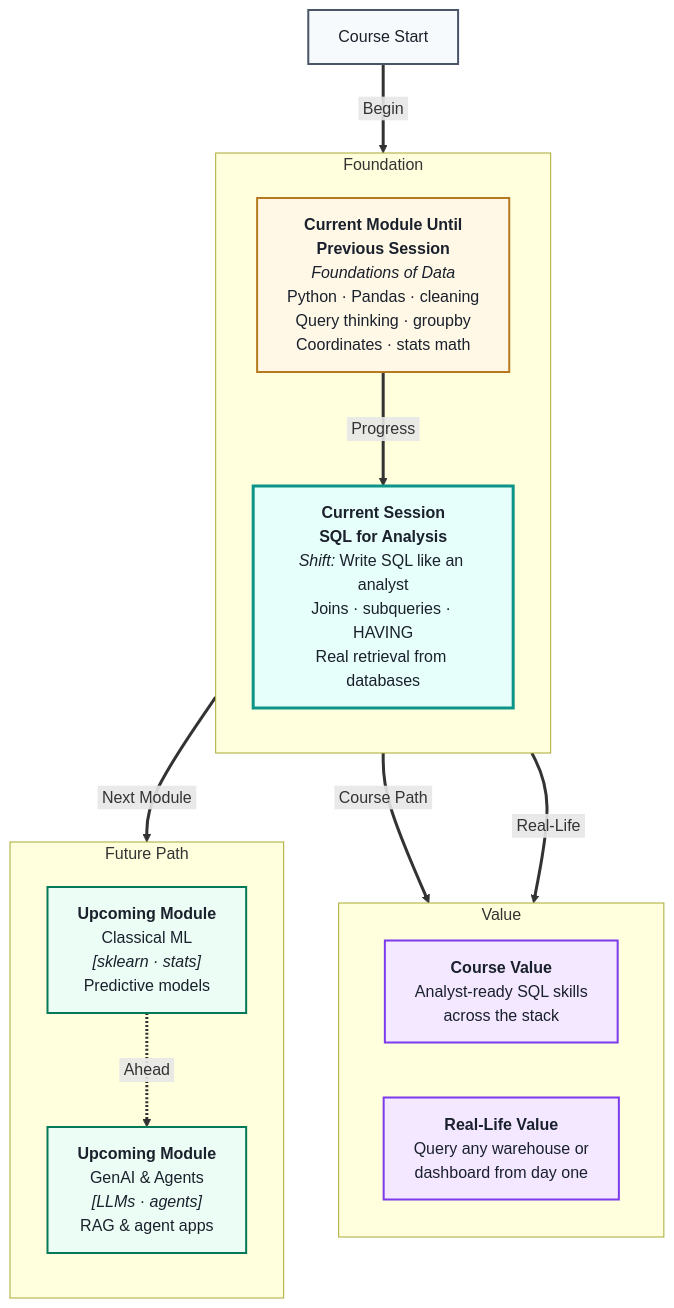
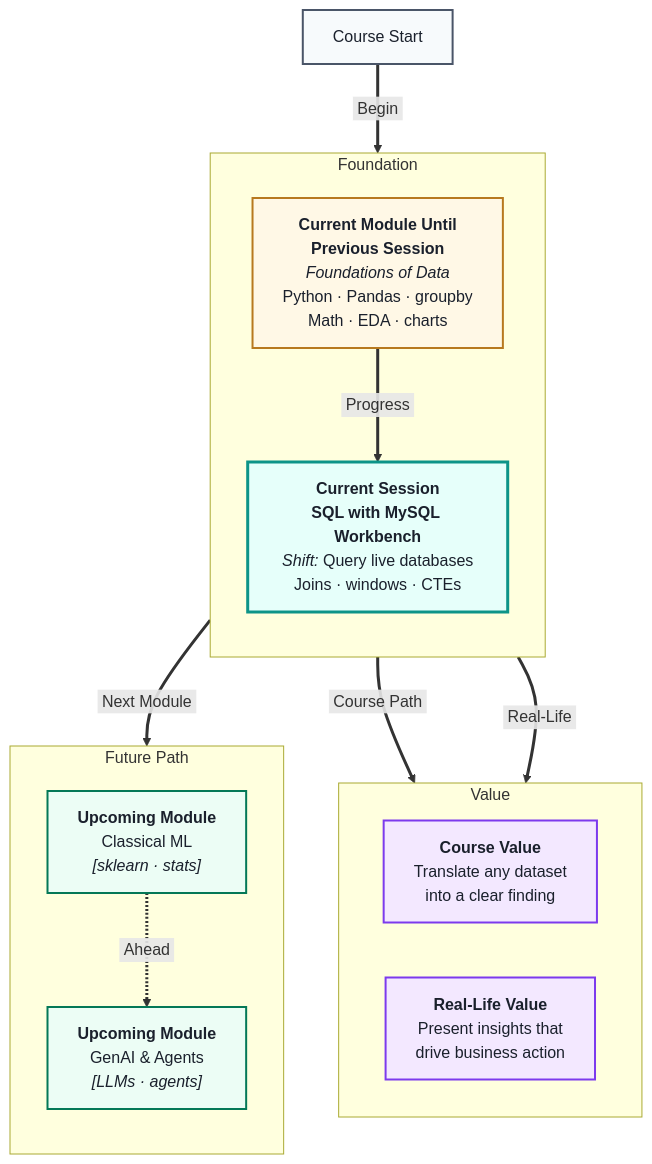
Before and after one commit to ritzrmx/Masai_Curriculum: the first of 3 diagrams in IITP_AIML_Regional/IITP-AIMLT-2606/Module 1- Foundations of Data/Session 15- SQL with MySQL Workbench/pre-read: SQL with MySQL Workbench.md, drawn with Mermaid. The commit also changed other lines of this file and 38 other files, not shown here.

````diff
--- a/IITP_AIML_Regional/IITP-AIMLT-2606/Module 1- Foundations of Data/Session 15- SQL with MySQL Workbench/pre-read: SQL with MySQL Workbench.md
+++ b/IITP_AIML_Regional/IITP-AIMLT-2606/Module 1- Foundations of Data/Session 15- SQL with MySQL Workbench/pre-read: SQL with MySQL Workbench.md
@@ -6,42 +6,36 @@
 ```mermaid
 %%{init: {'flowchart': {'nodeSpacing': 55, 'rankSpacing': 65, 'diagramPadding': 24}}}%%
 flowchart TB
 linkStyle default stroke-width:3px
-
 subgraph foundation[" Foundation "]
 direction TB
-    CURMOD["<b>Current Module Until<br/>Previous Session</b><br/><i>Foundations of Data</i><br/>Python · Pandas · cleaning<br/>Query thinking · groupby<br/>Coordinates · stats math"]
-    CURSES["<b>Current Session</b><br/><b>SQL for Analysis</b><br/><i>Shift:</i> Write SQL like an analyst<br/>Joins · subqueries · HAVING<br/>Real retrieval from databases"]
+    CURMOD["<b>Current Module Until<br/>Previous Session</b><br/><i>Foundations of Data</i><br/>Python · Pandas · groupby<br/>Math · EDA · charts"]
+    CURSES["<b>Current Session</b><br/><b>SQL with MySQL Workbench</b><br/><i>Shift:</i> Query live databases<br/>Joins · windows · CTEs"]
 end
-
 subgraph value[" Value "]
 direction LR
-    CVAL["<b>Course Value</b><br/>Analyst-ready SQL skills<br/>across the stack"]
-    RVAL["<b>Real-Life Value</b><br/>Query any warehouse or<br/>dashboard from day one"]
+    CVAL["<b>Course Value</b><br/>Translate any dataset<br/>into a clear finding"]
+    RVAL["<b>Real-Life Value</b><br/>Present insights that<br/>drive business action"]
 end
-
 subgraph future[" Future Path "]
 direction TB
-    U0["<b>Upcoming Module</b><br/>Classical ML<br/><i>[sklearn · stats]</i><br/>Predictive models"]
-    U1["<b>Upcoming Module</b><br/>GenAI & Agents<br/><i>[LLMs · agents]</i><br/>RAG & agent apps"]
+    U0["<b>Upcoming Module</b><br/>Classical ML<br/><i>[sklearn · stats]</i>"]
+    U1["<b>Upcoming Module</b><br/>GenAI & Agents<br/><i>[LLMs · agents]</i>"]
 end
-
 START["Course Start"] ==>|&nbsp;Begin&nbsp;| CURMOD
 CURMOD ==>|&nbsp;Progress&nbsp;| CURSES
 CURSES ==>|&nbsp;Course Path&nbsp;| CVAL
 CURSES ==>|&nbsp;Real-Life&nbsp;| RVAL
 CURSES ==>|&nbsp;Next Module&nbsp;| U0
 U0 -.->|&nbsp;Ahead&nbsp;| U1
-
-classDef prevBox fill:#E8F4FC,stroke:#2B6CB0,stroke-width:2px,color:#1A202C
 classDef curModBox fill:#FFF8E6,stroke:#B7791F,stroke-width:2px,color:#1A202C
 classDef curSessBox fill:#E6FFFA,stroke:#0D9488,stroke-width:3px,color:#1A202C
 classDef valueBox fill:#F3E8FF,stroke:#7C3AED,stroke-width:2px,color:#1A202C
 classDef futureBox fill:#ECFDF5,stroke:#047857,stroke-width:2px,color:#1A202C
 classDef startBox fill:#F7FAFC,stroke:#4A5568,stroke-width:2px,color:#1A202C
 class START startBox
 class CURMOD curModBox
 class CURSES curSessBox
 class CVAL,RVAL valueBox
 class U0,U1 futureBox
 ```
````
